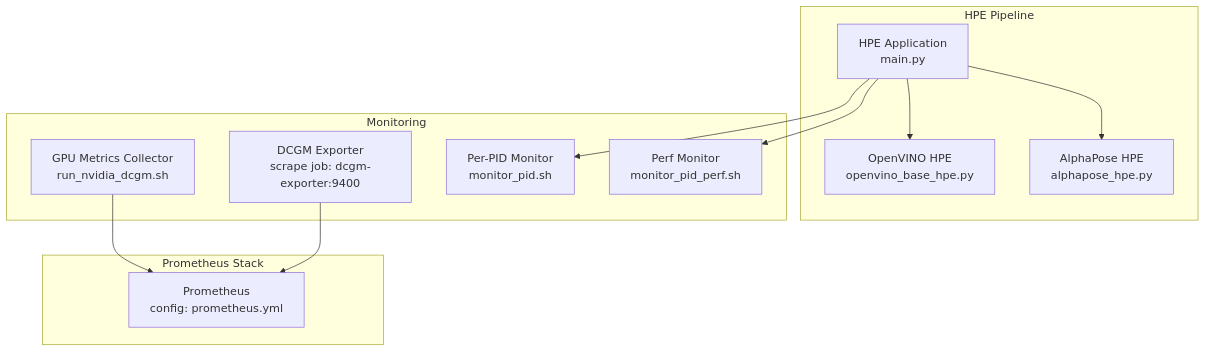
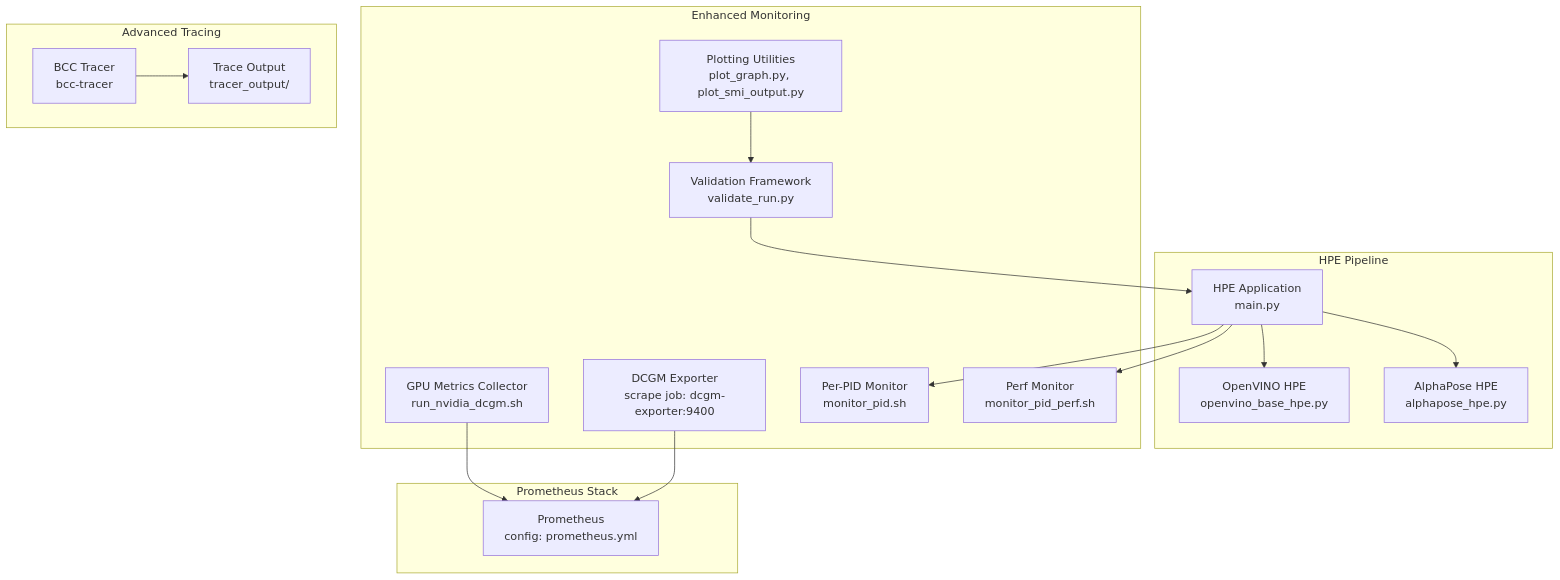
The first of 7 diagrams in .qoder/repowiki/en/content/Monitoring and Analytics/Metrics Collection.md (Fogus-Gr/MeasurementsDTs), drawn with Mermaid before and after one commit. The commit also changed other lines of this file and 11 other files, not shown here.

````diff
--- a/.qoder/repowiki/en/content/Monitoring and Analytics/Metrics Collection.md
+++ b/.qoder/repowiki/en/content/Monitoring and Analytics/Metrics Collection.md
@@ -37,23 +55,32 @@
 ```mermaid
 graph TB
 subgraph "Prometheus Stack"
 P["Prometheus<br/>config: prometheus.yml"]
 end
 subgraph "HPE Pipeline"
 HPE["HPE Application<br/>main.py"]
 HPE_OV["OpenVINO HPE<br/>openvino_base_hpe.py"]
 HPE_AP["AlphaPose HPE<br/>alphapose_hpe.py"]
 end
-subgraph "Monitoring"
+subgraph "Enhanced Monitoring"
 DCMG["DCGM Exporter<br/>scrape job: dcgm-exporter:9400"]
 GMET["GPU Metrics Collector<br/>run_nvidia_dcgm.sh"]
 PMH["Per-PID Monitor<br/>monitor_pid.sh"]
 PMR["Perf Monitor<br/>monitor_pid_perf.sh"]
+VALID["Validation Framework<br/>validate_run.py"]
+PLOT["Plotting Utilities<br/>plot_graph.py, plot_smi_output.py"]
+end
+subgraph "Advanced Tracing"
+BCC["BCC Tracer<br/>bcc-tracer"]
+TRACES["Trace Output<br/>tracer_output/"]
 end
 HPE --> HPE_OV
 HPE --> HPE_AP
 HPE --> PMH
 HPE --> PMR
 GMET --> P
 DCMG --> P
+VALID --> HPE
+PLOT --> VALID
+BCC --> TRACES
 ```
````
